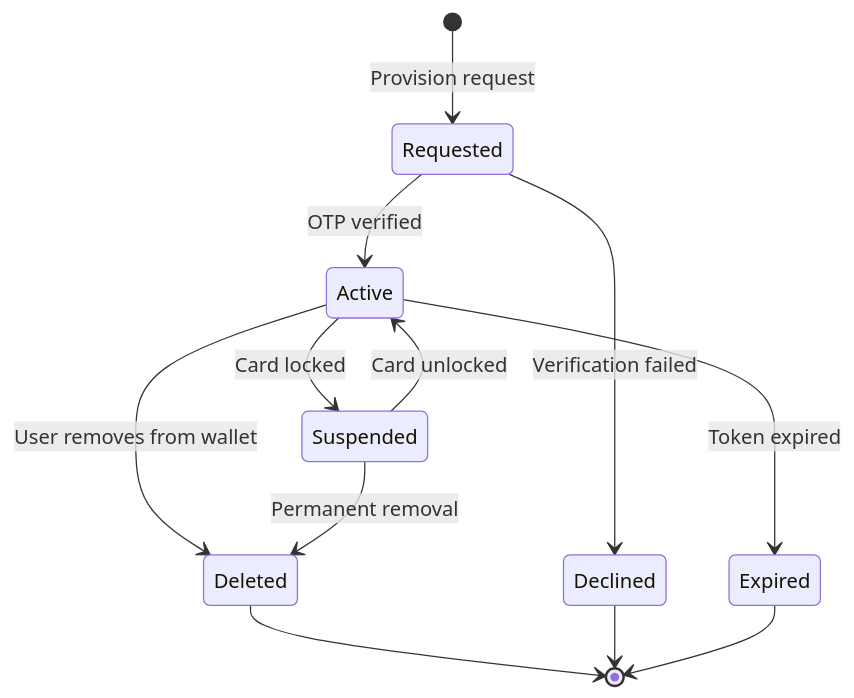
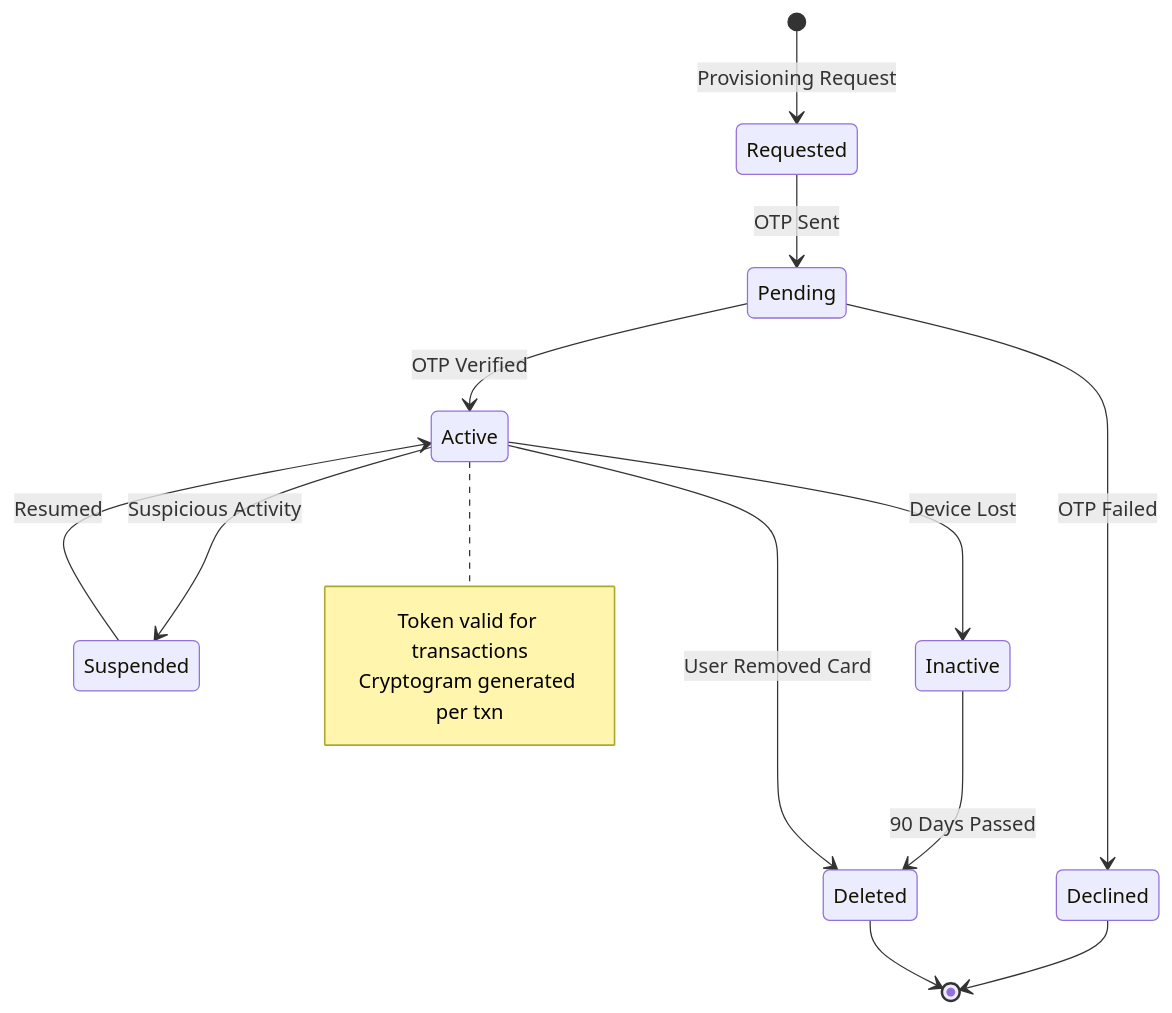
The ninth of 10 diagrams in 06-Dich-vu-The-va-Tokenization.md (huuhoait/openbanking-vn-specs), drawn with Mermaid before and after one commit. The commit also changed other lines of this file and 14 other files, not shown here.

````diff
--- a/06-Dich-vu-The-va-Tokenization.md
+++ b/06-Dich-vu-The-va-Tokenization.md
@@ -369,17 +463,22 @@
 ```mermaid
 stateDiagram-v2
-    [*] --> Requested: Provision request
-    Requested --> Active: OTP verified
-    Requested --> Declined: Verification failed
+    [*] --> Requested: Provisioning Request
+    Requested --> Pending: OTP Sent
+    Pending --> Active: OTP Verified
+    Pending --> Declined: OTP Failed
     
-    Active --> Suspended: Card locked
-    Active --> Deleted: User removes from wallet
-    Active --> Expired: Token expired
+    Active --> Suspended: Suspicious Activity
+    Active --> Inactive: Device Lost
+    Suspended --> Active: Resumed
     
-    Suspended --> Active: Card unlocked
-    Suspended --> Deleted: Permanent removal
+    Inactive --> Deleted: 90 Days Passed
+    Active --> Deleted: User Removed Card
     
+    Declined --> [*]
     Deleted --> [*]
-    Declined --> [*]
-    Expired --> [*]
+    
+    note right of Active
+        Token valid for transactions
+        Cryptogram generated per txn
+    end note
 ```
````
